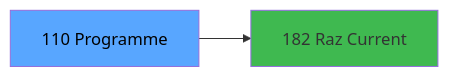
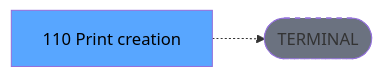
One commit to thonyAGP/lecteur-magic changed the third of 3 diagrams in .openspec/renders/ADH-IDE-110.md. Above: the diagram before and after it, drawn with Mermaid. The commit also changed other lines of this file and 701 other files, not shown here.

````diff
--- a/.openspec/renders/ADH-IDE-110.md
+++ b/.openspec/renders/ADH-IDE-110.md
@@ -157,8 +141,8 @@
 ```mermaid
 graph LR
-    T[110 Programme]
-    C182[182 Raz Current ]
-    T --> C182
+    T[110 Print creation ]
+    TERM([TERMINAL])
+    T -.-> TERM
+    style TERM fill:#6b7280,stroke-dasharray: 5 5
     style T fill:#58a6ff,color:#000
-    style C182 fill:#3fb950
 ```
````
